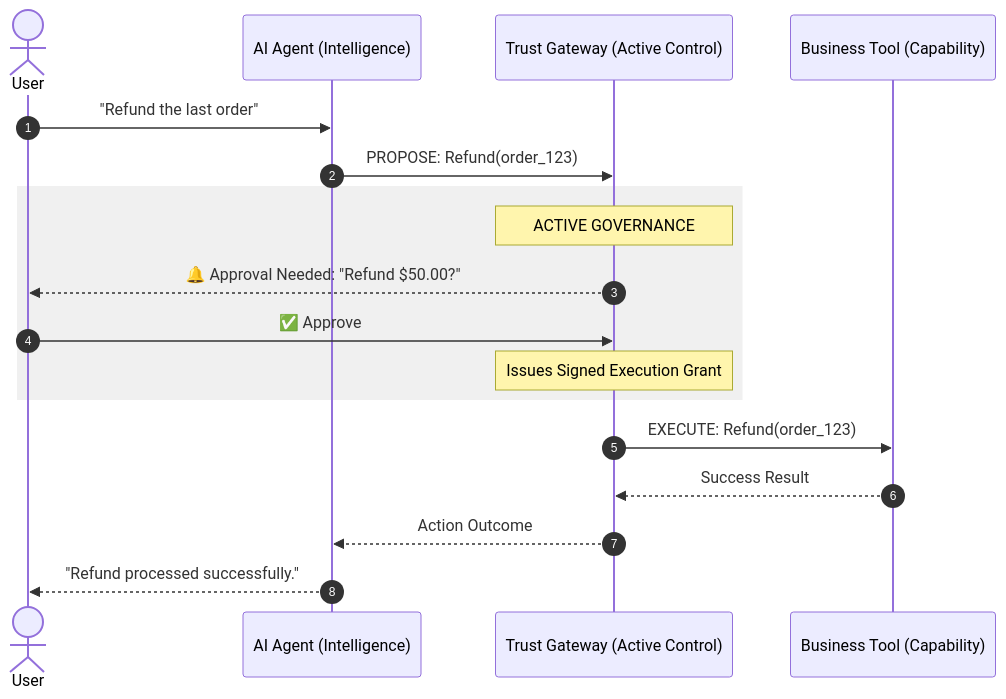
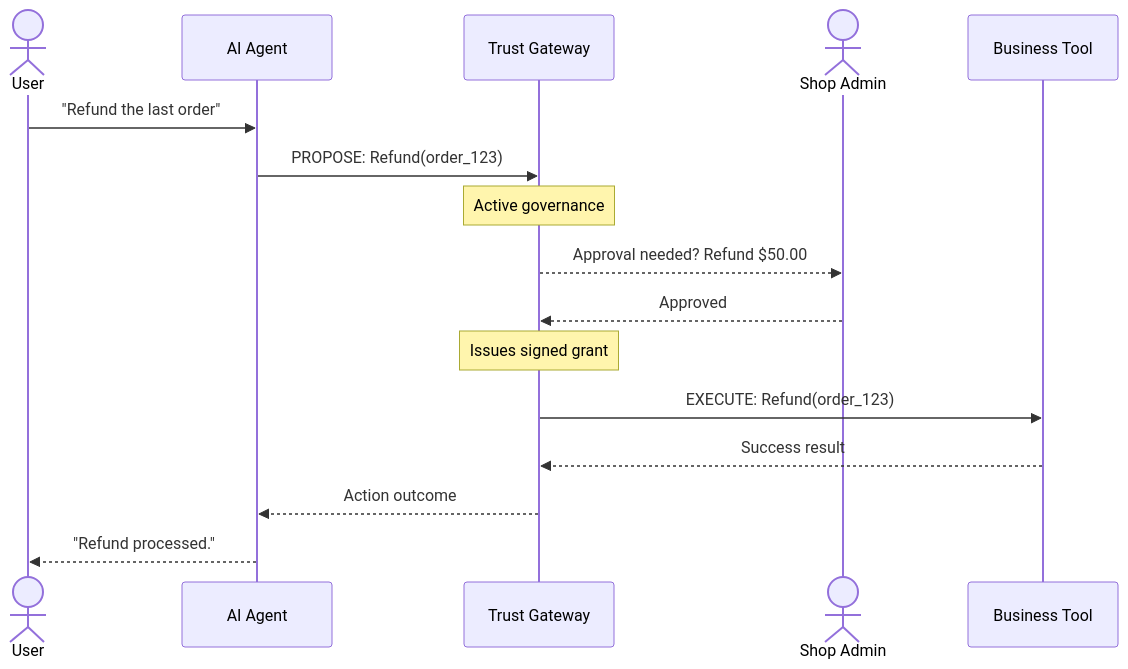
Before and after one commit to fcn06/trust_gateway: the diagram in README.md, drawn with Mermaid.

Commit message:
Revise refund process in sequence diagram
Updated the sequence diagram to reflect changes in the refund process, including the introduction of an Admin role for approval.

````diff
--- a/README.md
+++ b/README.md
@@ -38,23 +38,19 @@
 ```mermaid
 sequenceDiagram
-    autonumber
     actor User
-    participant Agent as AI Agent (Intelligence)
-    participant TG as Trust Gateway (Active Control)
-    participant Tool as Business Tool (Capability)
+    participant Agent as AI Agent
+    participant GW as Trust Gateway
+    actor Admin as Shop Admin
+    participant BT as Business Tool
 
     User->>Agent: "Refund the last order"
-    Agent->>TG: PROPOSE: Refund(order_123)
-    
-    rect rgb(240, 240, 240)
-        Note over TG: ACTIVE GOVERNANCE
-        TG-->>User: 🔔 Approval Needed: "Refund $50.00?"
-        User->>TG: ✅ Approve
-        Note over TG: Issues Signed Execution Grant
-    end
-
-    TG->>Tool: EXECUTE: Refund(order_123)
-    Tool-->>TG: Success Result
-    TG-->>Agent: Action Outcome
-    Agent-->>User: "Refund processed successfully."
+    Agent->>GW: PROPOSE: Refund(order_123)
+    Note over GW: Active governance
+    GW-->>Admin: Approval needed? Refund $50.00
+    Admin-->>GW: Approved
+    Note over GW: Issues signed grant
+    GW->>BT: EXECUTE: Refund(order_123)
+    BT-->>GW: Success result
+    GW-->>Agent: Action outcome
+    Agent-->>User: "Refund processed."
 ```
````
